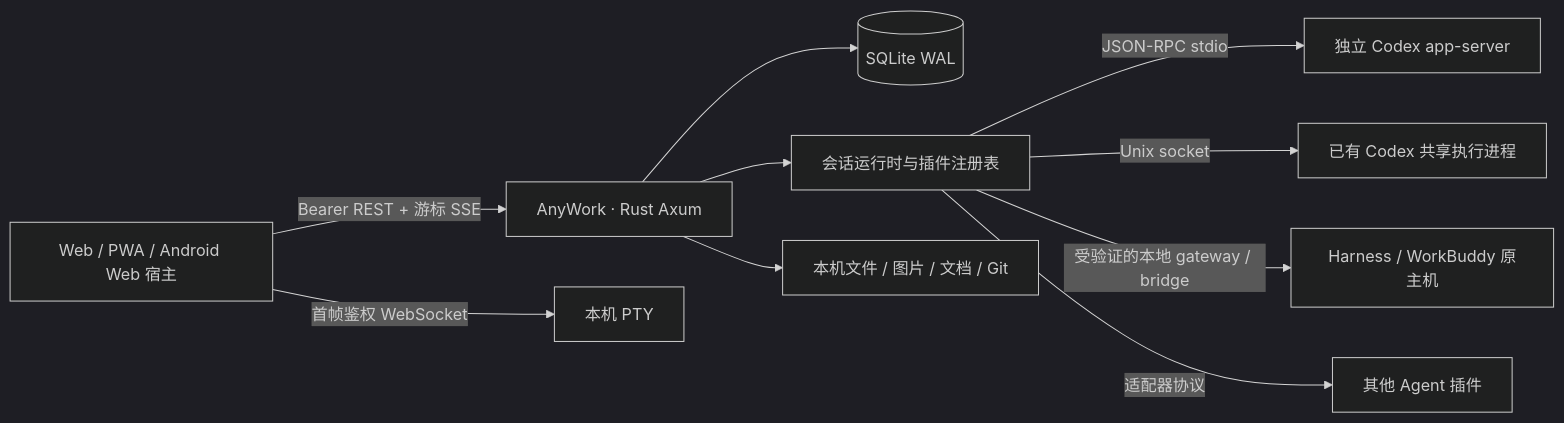
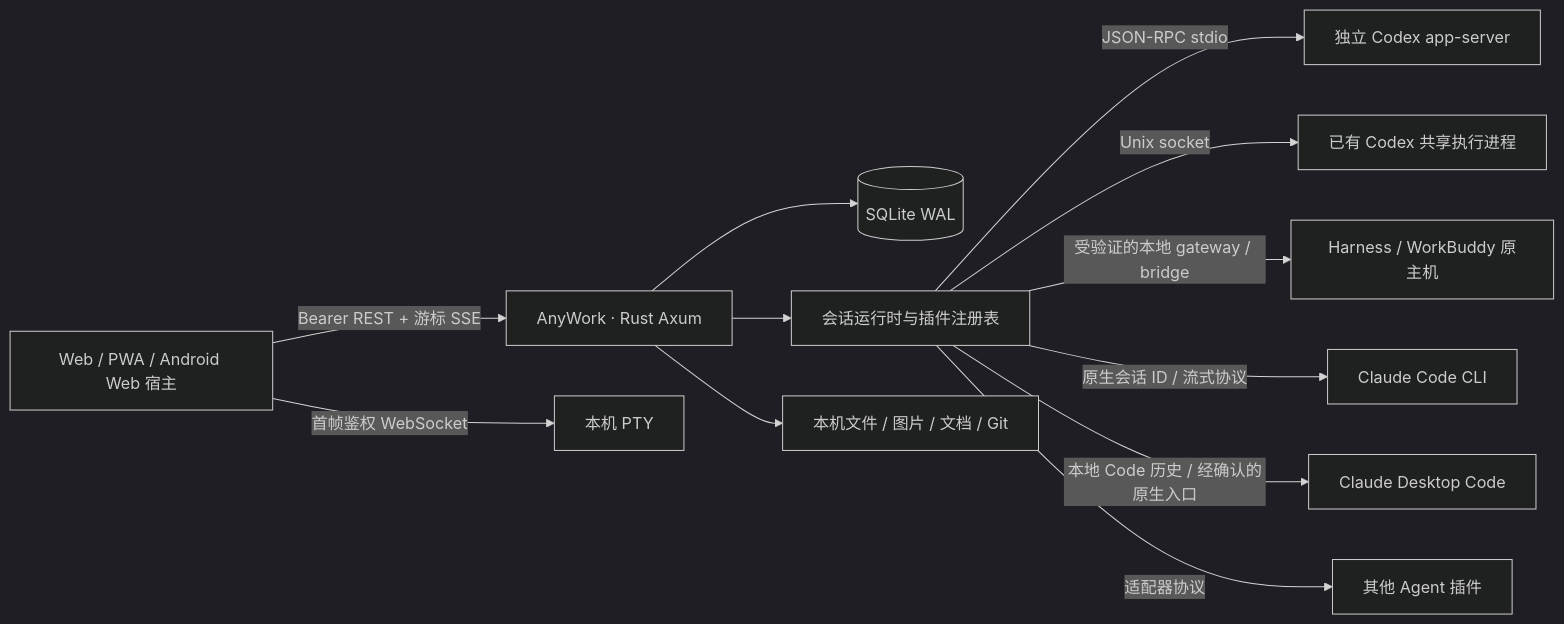
Before and after one commit to ywateru/AnyWork: the diagram in docs/architecture.md, drawn with Mermaid (dark theme). The commit also changed other lines of this file and 80 other files, not shown here.

First line of the commit message:
feat: add Claude Code and experimental Desktop Code backends

````diff
--- a/docs/architecture.md
+++ b/docs/architecture.md
@@ -5,12 +5,14 @@
 ```mermaid
 flowchart LR
   W[Web / PWA / Android Web 宿主] -->|Bearer REST + 游标 SSE| H[AnyWork · Rust Axum]
   W -->|首帧鉴权 WebSocket| T[本机 PTY]
   H --> D[(SQLite WAL)]
   H --> R[会话运行时与插件注册表]
   R -->|JSON-RPC stdio| C[独立 Codex app-server]
   R -->|Unix socket| S[已有 Codex 共享执行进程]
   R -->|受验证的本地 gateway / bridge| G[Harness / WorkBuddy 原主机]
+  R -->|原生会话 ID / 流式协议| CC[Claude Code CLI]
+  R -->|本地 Code 历史 / 经确认的原生入口| CD[Claude Desktop Code]
   R -->|适配器协议| P[其他 Agent 插件]
   H --> F[本机文件 / 图片 / 文档 / Git]
 ```
````
